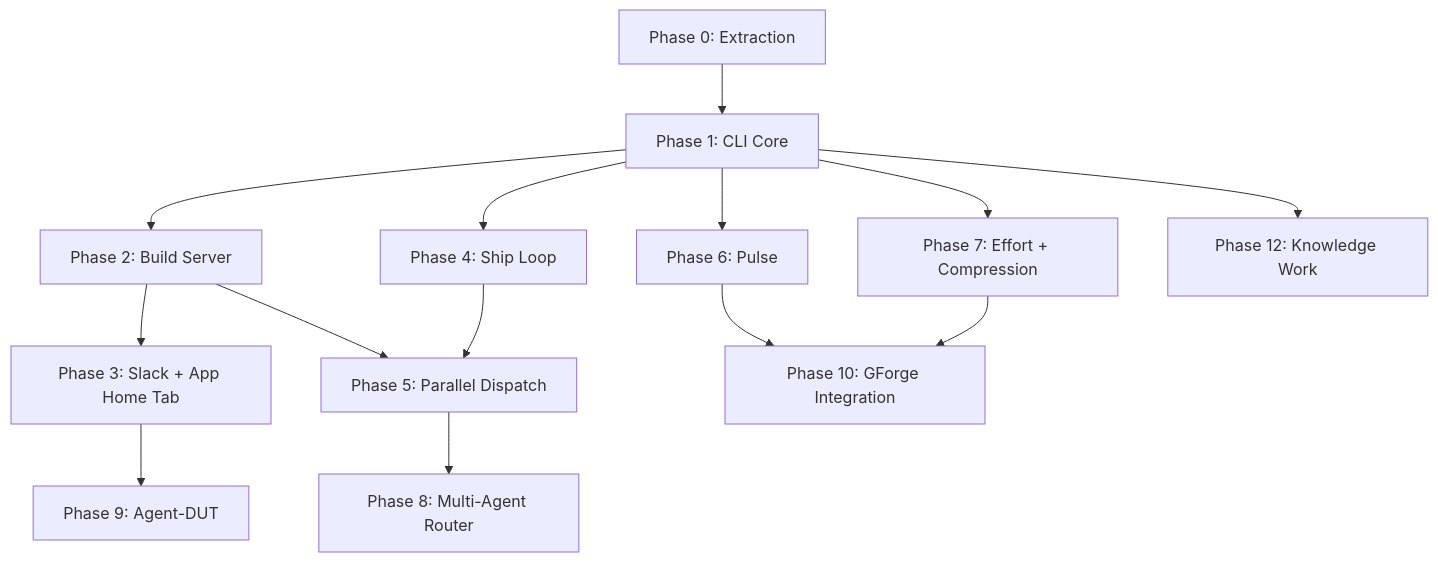
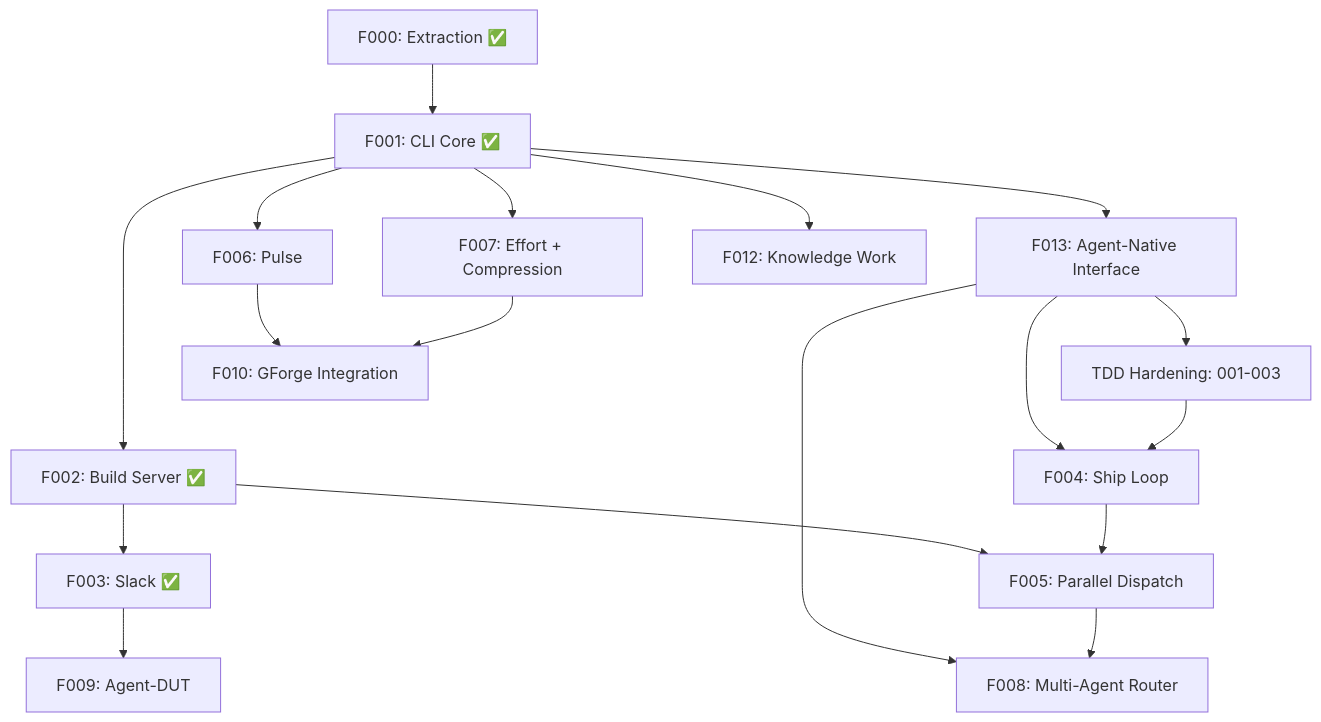
The diagram in specs/000-build-plan.md (gforge-esc/gwrk), drawn with Mermaid before and after one commit. The commit also changed other lines of this file and 7 other files, not shown here.

````diff
--- a/specs/000-build-plan.md
+++ b/specs/000-build-plan.md
@@ -11,16 +24,20 @@
 ```mermaid
 graph TD
-    P0[Phase 0: Extraction] --> P1[Phase 1: CLI Core]
-    P1 --> P2[Phase 2: Build Server]
-    P1 --> P4[Phase 4: Ship Loop]
-    P2 --> P3[Phase 3: Slack + App Home Tab]
-    P2 --> P5[Phase 5: Parallel Dispatch]
-    P4 --> P5
-    P1 --> P6[Phase 6: Pulse]
-    P1 --> P7[Phase 7: Effort + Compression]
-    P5 --> P8[Phase 8: Multi-Agent Router]
-    P3 --> P9[Phase 9: Agent-DUT]
-    P6 --> P10[Phase 10: GForge Integration]
-    P7 --> P10
-    P1 --> P12[Phase 12: Knowledge Work]
+    F000["F000: Extraction ✅"] --> F001["F001: CLI Core ✅"]
+    F001 --> F013["F013: Agent-Native Interface"]
+    F001 --> F002["F002: Build Server ✅"]
+    F001 --> F006["F006: Pulse"]
+    F001 --> F007["F007: Effort + Compression"]
+    F001 --> F012["F012: Knowledge Work"]
+    F002 --> F003["F003: Slack ✅"]
+    F002 --> F005["F005: Parallel Dispatch"]
+    F013 --> TDD["TDD Hardening: 001-003"]
+    F013 --> F004["F004: Ship Loop"]
+    F013 --> F008["F008: Multi-Agent Router"]
+    TDD --> F004
+    F004 --> F005
+    F005 --> F008
+    F003 --> F009["F009: Agent-DUT"]
+    F006 --> F010["F010: GForge Integration"]
+    F007 --> F010
 ```
````
